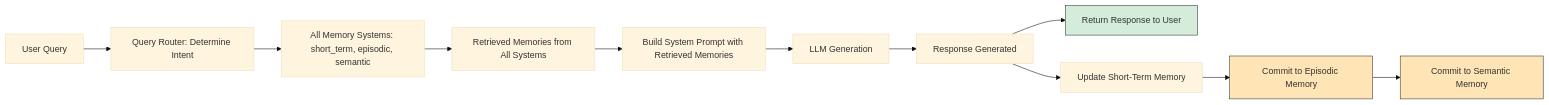
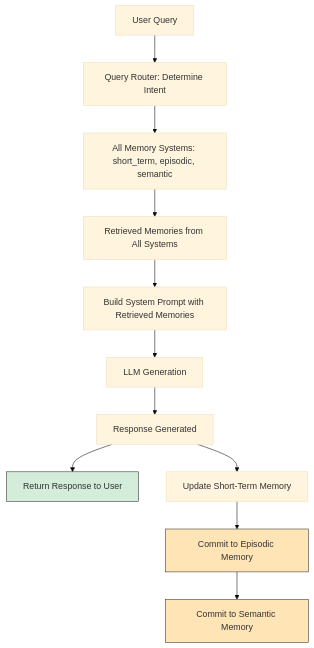
The diagram in README.md (fullaware/pensive), drawn with Mermaid (base theme) before and after one commit.

Commit message:
Changed flowchart to TD

````diff
--- a/README.md
+++ b/README.md
@@ -28,19 +28,19 @@
 ```mermaid
-flowchart LR
+flowchart TD
   userQuery[User Query] --> router[Query Router: Determine Intent]
   router --> allMemories[All Memory Systems: short_term, episodic, semantic]
 
   allMemories --> queryResults[Retrieved Memories from All Systems]
   queryResults --> systemPrompt[Build System Prompt with Retrieved Memories]
   systemPrompt --> llm[LLM Generation]
   llm --> response[Response Generated]
 
   response --> userReturn[Return Response to User]
   response --> shortTermMem[Update Short-Term Memory]
   shortTermMem --> commitEpisodic[Commit to Episodic Memory]
   commitEpisodic --> commitSemantic[Commit to Semantic Memory]
 
   style userReturn fill:#d4edda,stroke:#333
   style commitEpisodic fill:#ffe4b6,stroke:#333
   style commitSemantic fill:#ffe4b6,stroke:#333
 ```
````
